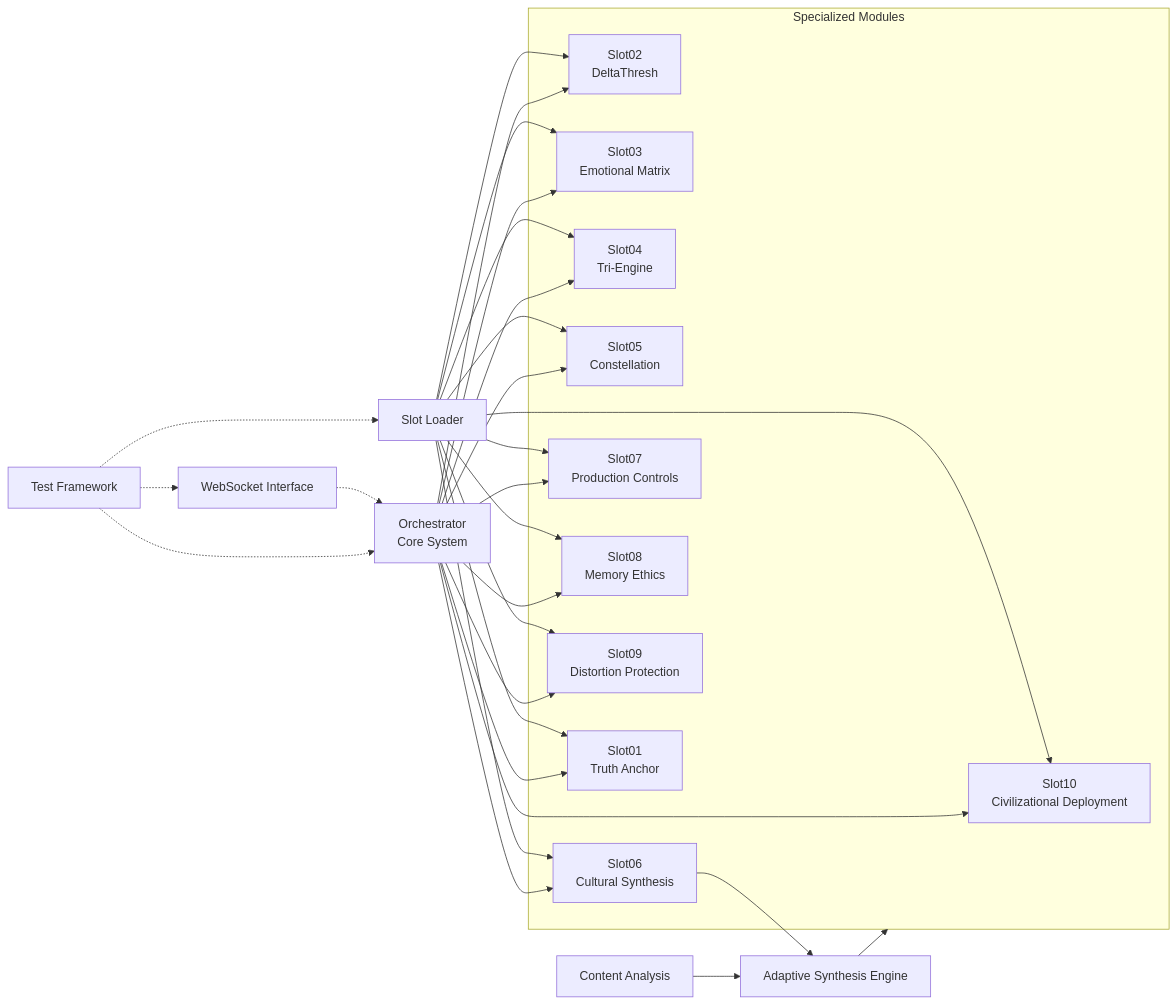
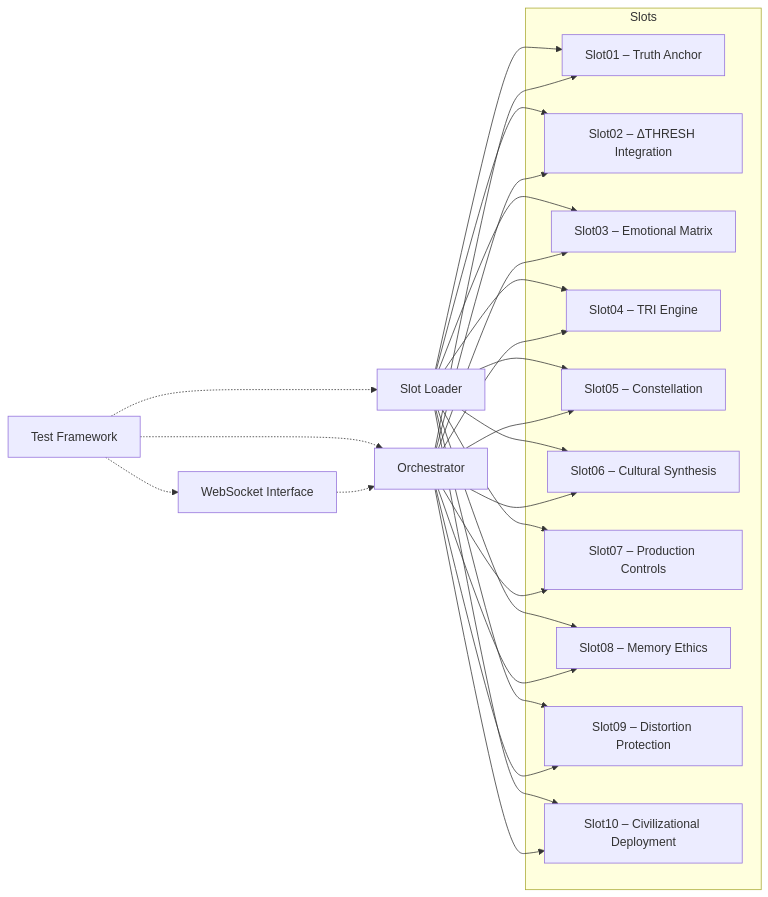
The diagram in docs/architecture.md (PavlosKolivatzis/nova-civilizational-architecture), drawn with Mermaid before and after one commit. The commit also changed other lines of this file, not shown here.

Commit message:
Update architecture.md
Added a comprehensive architecture overview describing the orchestrator, slot loader, external interfaces, and a full Mermaid diagram depicting orchestrator/slot connections and test/WebSocket interactions

Documented concise summaries of Slots 1–10, covering functions from truth anchoring to civilizational deployment

Included a slot maturity table, data-flow bullets, and a legend explaining arrow styles for readers and maintainers
Added an evolvable system map generated from system_map.yaml, showing contract‑labeled flows, versioned nodes, optional paths, and constraint edges from truth and memory guardians

Documented the mapping schema and TRI_REPORT contract scaffold to keep the diagram and interfaces in sync

Updated the legend to define contract IDs, optional and experimental markers, and constraint semantics

````diff
--- a/docs/architecture.md
+++ b/docs/architecture.md
@@ -3,40 +5,47 @@
 ```mermaid
 graph LR
-  %% Top controls
   TF[Test Framework]
+  WS[WebSocket Interface]
   SL[Slot Loader]
-  O[Orchestrator<br/>Core System]
-  WS[WebSocket Interface]
+  O[Orchestrator]
 
-  %% Specialized modules band
-  subgraph SM[Specialized Modules]
-    S10[Slot10<br/>Civilizational Deployment]
-    S02[Slot02<br/>DeltaThresh]
-    S03[Slot03<br/>Emotional Matrix]
-    S04[Slot04<br/>Tri-Engine]
-    S05[Slot05<br/>Constellation]
-    S06[Slot06<br/>Cultural Synthesis]
-    S07[Slot07<br/>Production Controls]
-    S08[Slot08<br/>Memory Ethics]
-    S09[Slot09<br/>Distortion Protection]
-    S01[Slot01<br/>Truth Anchor]
+  subgraph Slots
+    S1[Slot01 – Truth Anchor]
+    S2[Slot02 – ΔTHRESH Integration]
+    S3[Slot03 – Emotional Matrix]
+    S4[Slot04 – TRI Engine]
+    S5[Slot05 – Constellation]
+    S6[Slot06 – Cultural Synthesis]
+    S7[Slot07 – Production Controls]
+    S8[Slot08 – Memory Ethics]
+    S9[Slot09 – Distortion Protection]
+    S10[Slot10 – Civilizational Deployment]
   end
 
-  %% Core analysis/synthesis
-  ASE[Adaptive Synthesis Engine]
-  CA[Content Analysis]
+  SL --> S1
+  SL --> S2
+  SL --> S3
+  SL --> S4
+  SL --> S5
+  SL --> S6
+  SL --> S7
+  SL --> S8
+  SL --> S9
+  SL --> S10
 
-  %% Wiring
-  SL --> S10 & S02 & S03 & S04 & S05 & S06 & S07 & S08 & S09 & S01
-  O  --> S10 & S02 & S03 & S04 & S05 & S06 & S07 & S08 & S09 & S01
+  O --> S1
+  O --> S2
+  O --> S3
+  O --> S4
+  O --> S5
+  O --> S6
+  O --> S7
+  O --> S8
+  O --> S9
+  O --> S10
 
-  S06 --> ASE
-  ASE --> SM
-  CA --> ASE
-
-  %% External surfaces
-  WS -.-> O
   TF -.-> SL
   TF -.-> O
   TF -.-> WS
+  WS -.-> O
 ```
````
